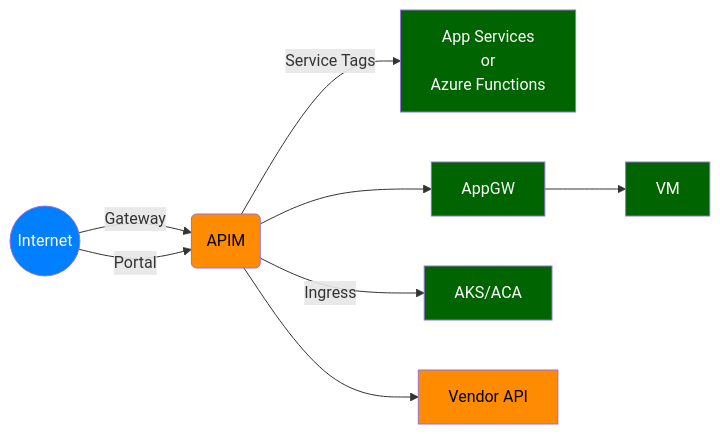
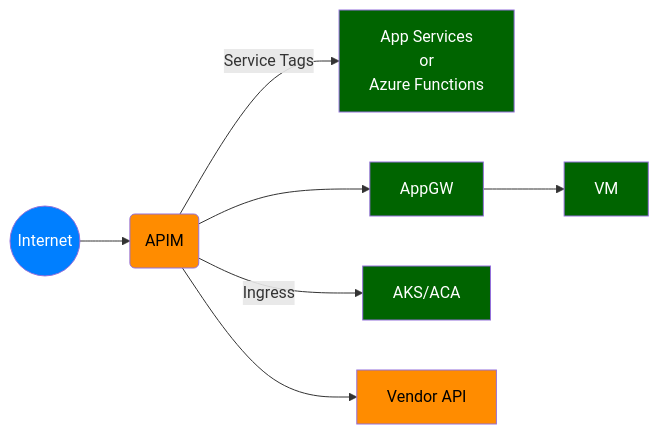
The second of 4 diagrams in README.md (msalemor/azure-apim-networking), drawn with Mermaid before and after one commit. The commit also changed other lines of this file, not shown here.

````diff
--- a/README.md
+++ b/README.md
@@ -25,17 +41,16 @@
 ```mermaid
 graph LR;
-  A((Internet))--Gateway-->B(APIM);
-  A((Internet))--Portal-->B(APIM);
+  A((Internet))-->B(APIM);
   B--Service Tags-->C[App Services<br/>or<br/>Azure Functions]
   B-->D[AppGW];
   D-->F[VM];
   B--Ingress-->E[AKS/ACA];
   B-->G[Vendor API]
   classDef internet fill:#007FFF,color:white;
   classDef unsafe fill:#ff3333,color:white;
   classDef semisafe fill:darkorange,color:black;
   classDef safe fill:darkgreen,color:white;
   class A internet;
   class C,D,F,E safe;  
   class B,G semisafe;
 ```
````
